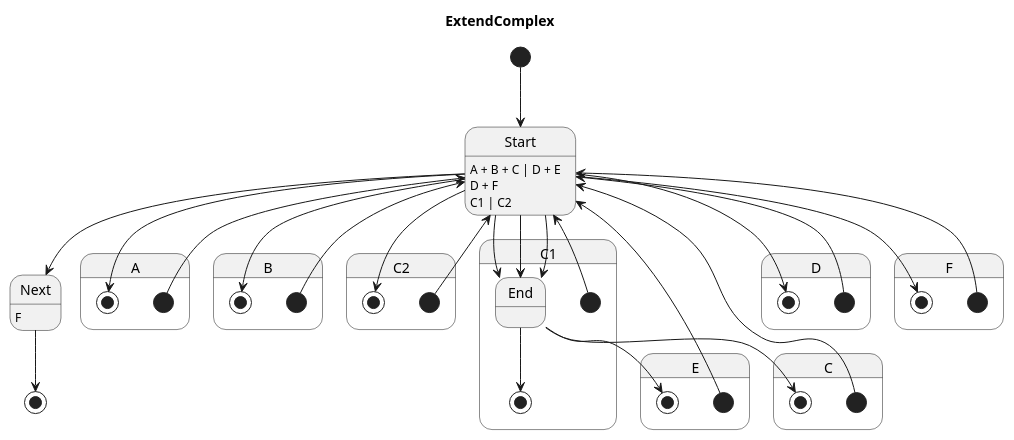
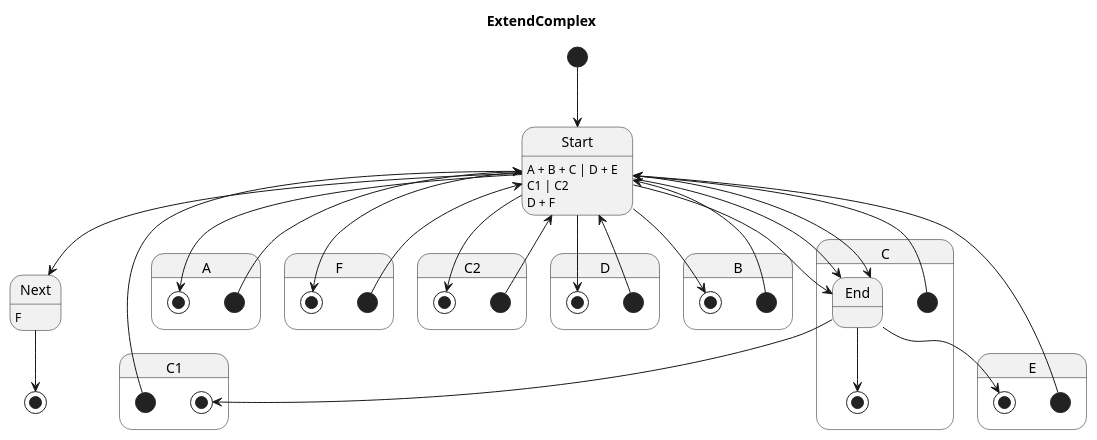
Before and after one commit to Pastor/Takt: the diagram in examples/generated/plantuml/extend_complex.puml, drawn with PlantUML. The commit also changed other lines of this file and 11 other files, not shown here.

```diff
--- a/examples/generated/plantuml/extend_complex.puml
+++ b/examples/generated/plantuml/extend_complex.puml
@@ -1,55 +1,55 @@
 @startuml
 title ExtendComplex
 
 [*] --> Start
 Start : A + B + C | D + E
 Start --> Next
 Next : F
 Next --> [*]
 
-state A {
+state C {
     [*] --> Start
-    Start --> [*]
+    End --> [*]
+    Start : C1 | C2
+    Start --> End
 }
 
-state B {
-    [*] --> Start
-    Start --> [*]
-}
-
-state C2 {
+state A {
     [*] --> Start
     Start --> [*]
 }
 
 state C1 {
     [*] --> Start
     End --> [*]
     Start --> End
 }
 
+state F {
+    [*] --> Start
+    Start --> [*]
+}
+
 state E {
     [*] --> Start
-    End --> [*]
     Start : D + F
     Start --> End
+    End --> [*]
+}
+
+state C2 {
+    [*] --> Start
+    Start --> [*]
 }
 
 state D {
     [*] --> Start
     Start --> [*]
 }
 
-state F {
+state B {
     [*] --> Start
     Start --> [*]
 }
 
-state C {
-    [*] --> Start
-    Start : C1 | C2
-    Start --> End
-    End --> [*]
-}
-
 @enduml
```
